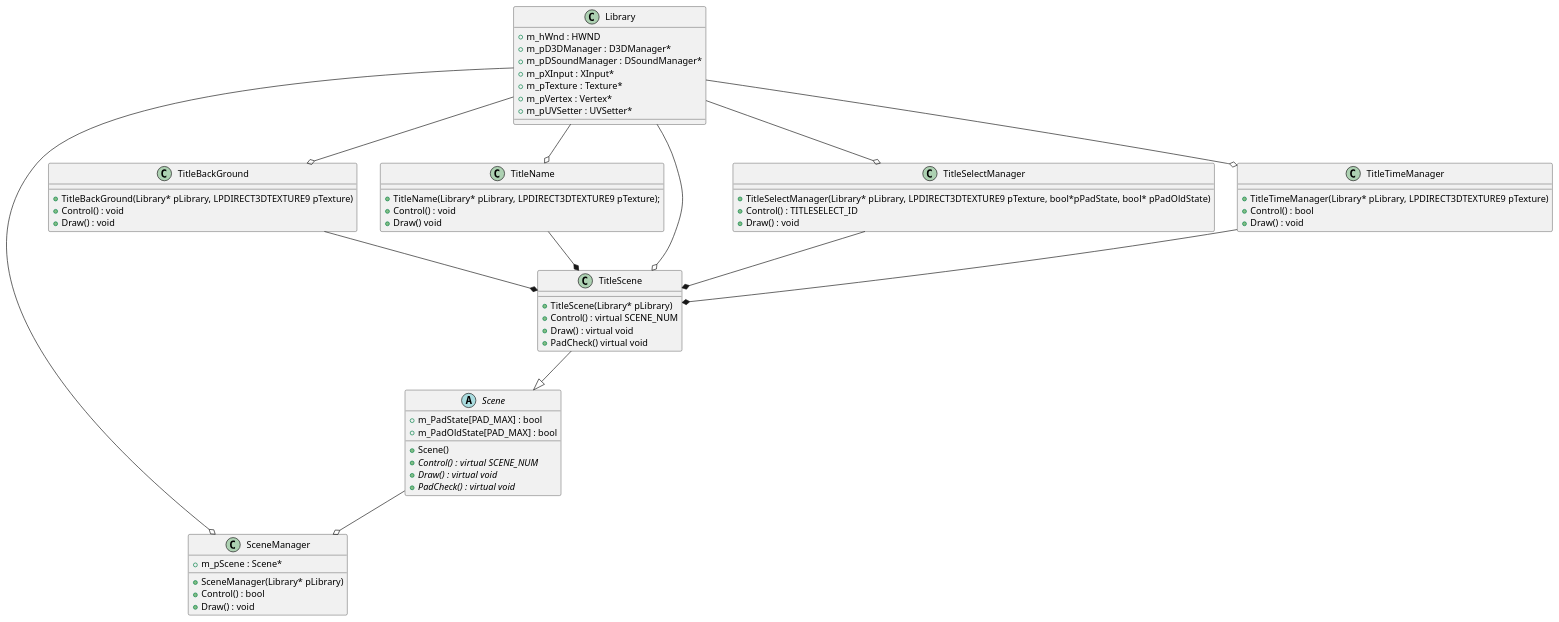
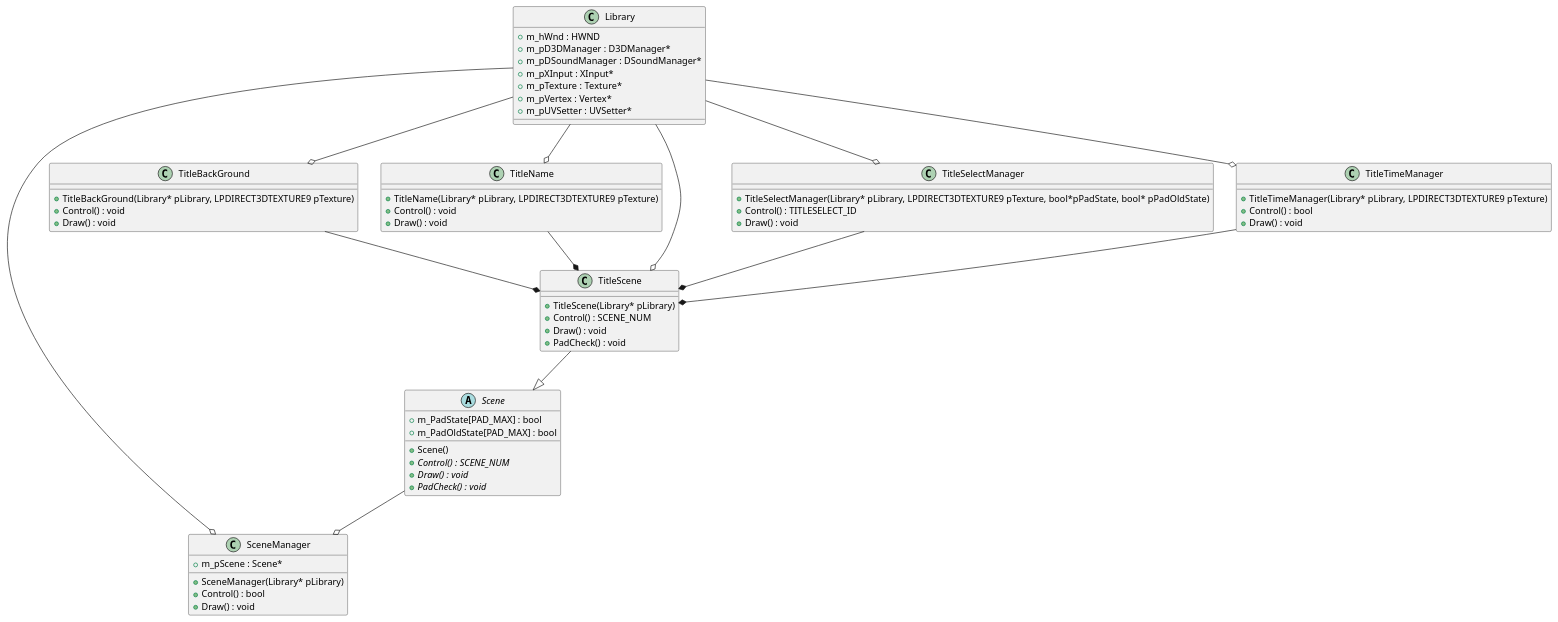
Before and after one commit to human-osaka-game-2019/uml: the diagram in kamikubo/class.pu, drawn with PlantUML.

Commit message:
クラス図に対する指摘を修正

```diff
--- a/kamikubo/class.pu
+++ b/kamikubo/class.pu
@@ -1,81 +1,81 @@
 @startuml
 
 class Library
 {
 +m_hWnd : HWND
 +m_pD3DManager : D3DManager*
 +m_pDSoundManager : DSoundManager*
 +m_pXInput : XInput*
 +m_pTexture : Texture*
 +m_pVertex : Vertex*
 +m_pUVSetter : UVSetter*
 }
 
 abstract class Scene
 {
 +Scene()
-+ {abstract} Control() : virtual SCENE_NUM
-+ {abstract} Draw() : virtual void 
-+ {abstract} PadCheck() : virtual void
++ {abstract} Control() : SCENE_NUM
++ {abstract} Draw() : void 
++ {abstract} PadCheck() : void
 +m_PadState[PAD_MAX] : bool
 +m_PadOldState[PAD_MAX] : bool
 }
 
 class SceneManager
 {
 +SceneManager(Library* pLibrary)
 +Control() : bool
 +Draw() : void
 +m_pScene : Scene*
 }
 
 class TitleBackGround
 {
 +TitleBackGround(Library* pLibrary, LPDIRECT3DTEXTURE9 pTexture)
 +Control() : void
 +Draw() : void
 }
 
 class TitleName
 {
-+TitleName(Library* pLibrary, LPDIRECT3DTEXTURE9 pTexture);
++TitleName(Library* pLibrary, LPDIRECT3DTEXTURE9 pTexture)
 +Control() : void
-+Draw() void
++Draw() : void
 }
 
 class TitleScene
 {
 +TitleScene(Library* pLibrary)
-+Control() : virtual SCENE_NUM
-+Draw() : virtual void
-+PadCheck() virtual void
++Control() : SCENE_NUM
++Draw() : void
++PadCheck() : void
 }
 
 class TitleSelectManager
 {
 +TitleSelectManager(Library* pLibrary, LPDIRECT3DTEXTURE9 pTexture, bool*pPadState, bool* pPadOldState)
 +Control() : TITLESELECT_ID
 +Draw() : void
 }
 
 class TitleTimeManager
 {
 +TitleTimeManager(Library* pLibrary, LPDIRECT3DTEXTURE9 pTexture)
 +Control() : bool
 +Draw() : void
 }
 
 Scene              --o  SceneManager
 Library            --o  TitleSelectManager
 Library            --o  TitleScene
 Library            --o  TitleName
 Library            --o  SceneManager
 Library            --o  TitleBackGround
 Library            --o  TitleTimeManager
 TitleBackGround    --*  TitleScene
 TitleSelectManager --*  TitleScene
 TitleName          --*  TitleScene
 TitleTimeManager   --*  TitleScene
 TitleScene         --|> Scene
 
 @enduml
```
